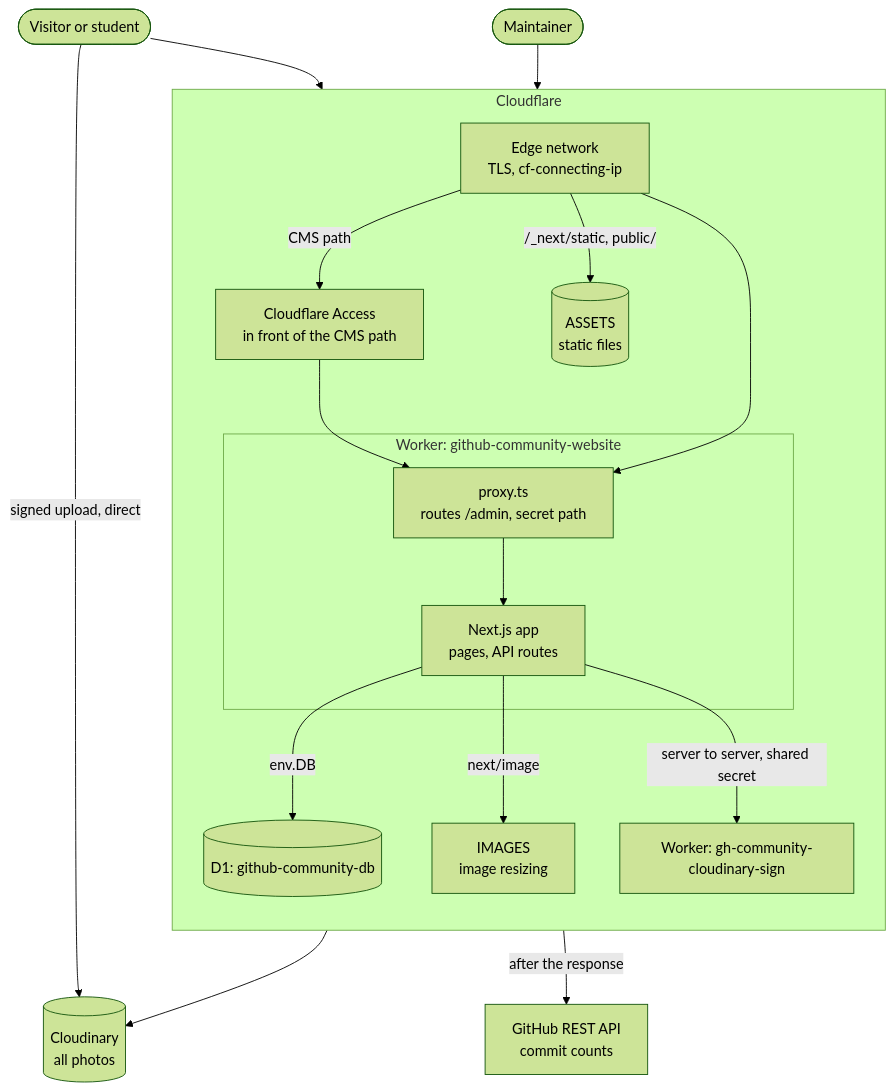
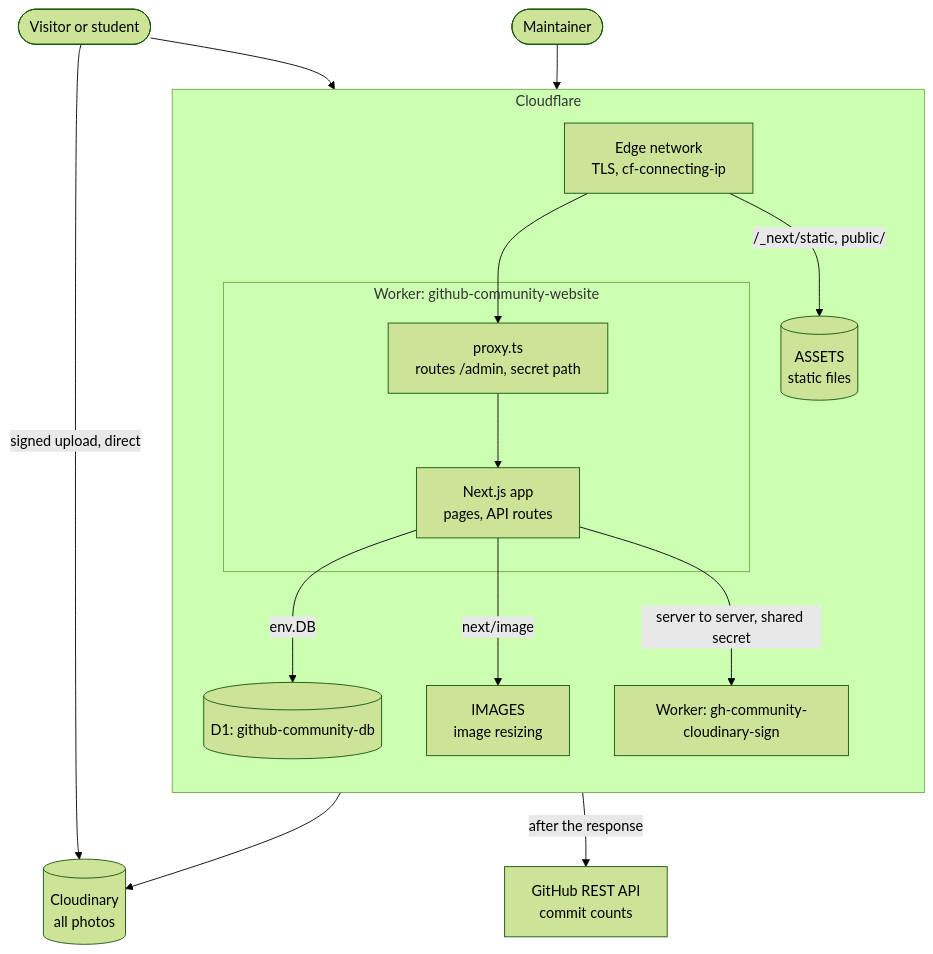
One commit to Git-HubCommunityGitamHyd/Github-Community-Club-Website changed the first of 5 diagrams in docs/02-architecture.md. Above: the diagram before and after it, drawn with Mermaid (forest theme). The commit also changed 85 other files, not shown here.

````diff
--- a/docs/02-architecture.md
+++ b/docs/02-architecture.md
@@ -5,35 +5,33 @@
 ```mermaid
 flowchart TB
     visitor([Visitor or student])
     maint([Maintainer])
 
     subgraph CF[Cloudflare]
         direction TB
         edge[Edge network<br/>TLS, cf-connecting-ip]
-        access[Cloudflare Access<br/>in front of the CMS path]
         subgraph W[Worker: github-community-website]
             proxy[proxy.ts<br/>routes /admin, secret path]
             next[Next.js app<br/>pages, API routes]
         end
         assets[(ASSETS<br/>static files)]
         images[IMAGES<br/>image resizing]
         d1[(D1: github-community-db)]
         signer[Worker: gh-community-cloudinary-sign]
     end
 
     cloudinary[(Cloudinary<br/>all photos)]
     github[GitHub REST API<br/>commit counts]
 
     visitor --> edge
     maint --> edge
-    edge -->|CMS path| access --> proxy
     edge --> proxy
     edge -->|/_next/static, public/| assets
     proxy --> next
     next -->|env.DB| d1
     next -->|next/image| images
     next -->|server to server, shared secret| signer
     next -->|after the response| github
     visitor -->|signed upload, direct| cloudinary
     images --> cloudinary
 ```
````
